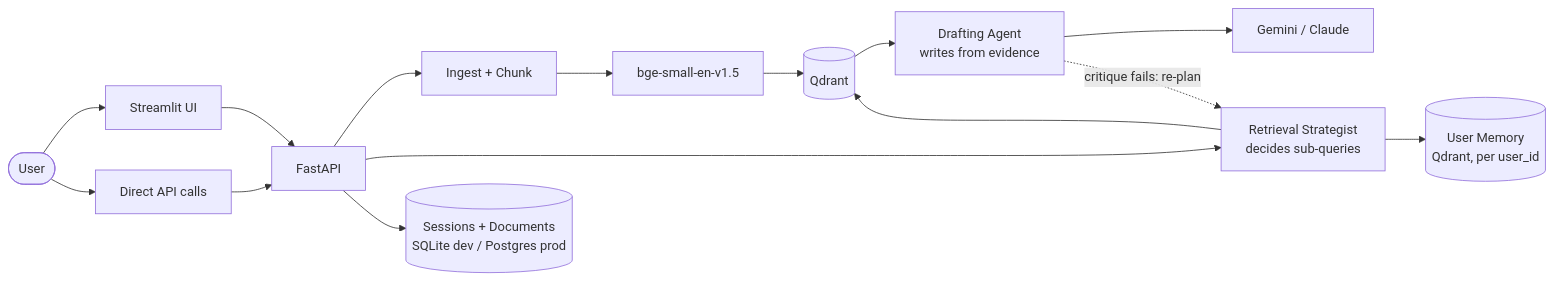
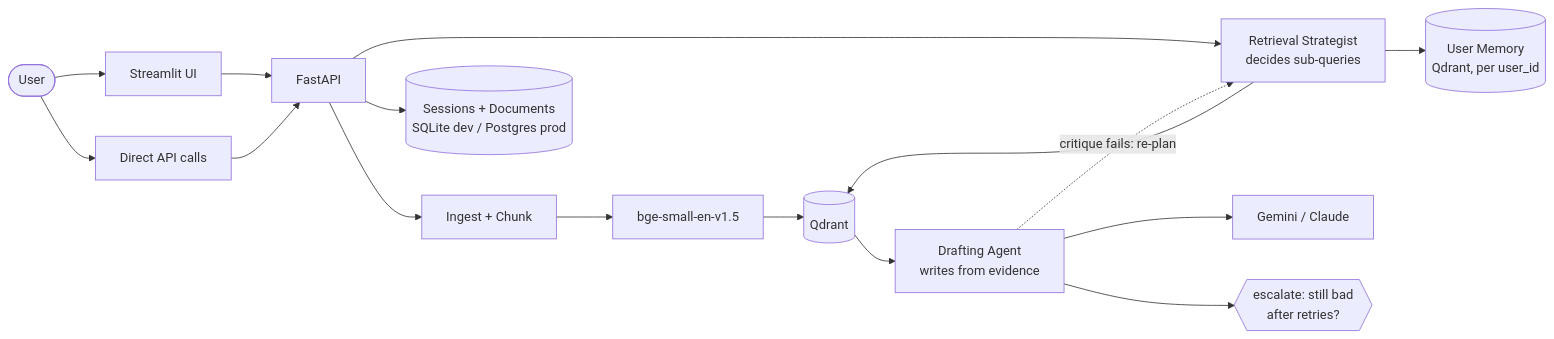
The diagram in README.md (vishnu0529/enterprise-rag-assistant), drawn with Mermaid before and after one commit. The commit also changed other lines of this file and 14 other files, not shown here.

````diff
--- a/README.md
+++ b/README.md
@@ -52,17 +54,18 @@
 ```mermaid
 flowchart LR
     U([User]) --> UI[Streamlit UI]
     U --> API_direct[Direct API calls]
     UI --> API[FastAPI]
     API_direct --> API
     API --> Ingest[Ingest + Chunk]
     Ingest --> Embed[bge-small-en-v1.5]
     Embed --> Qdrant[(Qdrant)]
     API --> Strategist[Retrieval Strategist<br/>decides sub-queries]
     Strategist --> Qdrant
     Qdrant --> Drafter[Drafting Agent<br/>writes from evidence]
     Drafter --> LLM[Gemini / Claude]
     Drafter -.critique fails: re-plan.-> Strategist
+    Drafter --> Escalate{{escalate: still bad<br/>after retries?}}
     Strategist --> Memory[(User Memory<br/>Qdrant, per user_id)]
     API --> DB[(Sessions + Documents<br/>SQLite dev / Postgres prod)]
 ```
````
